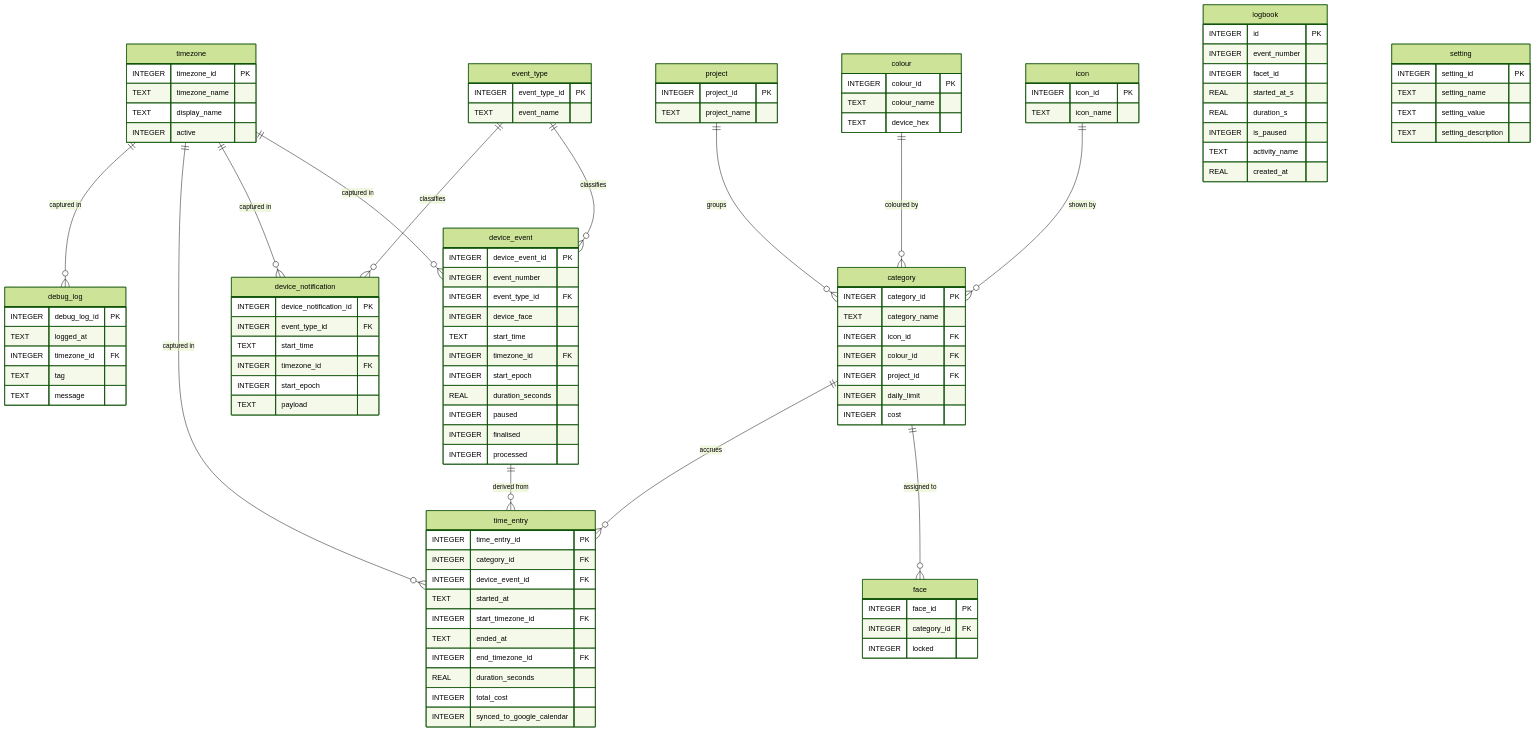
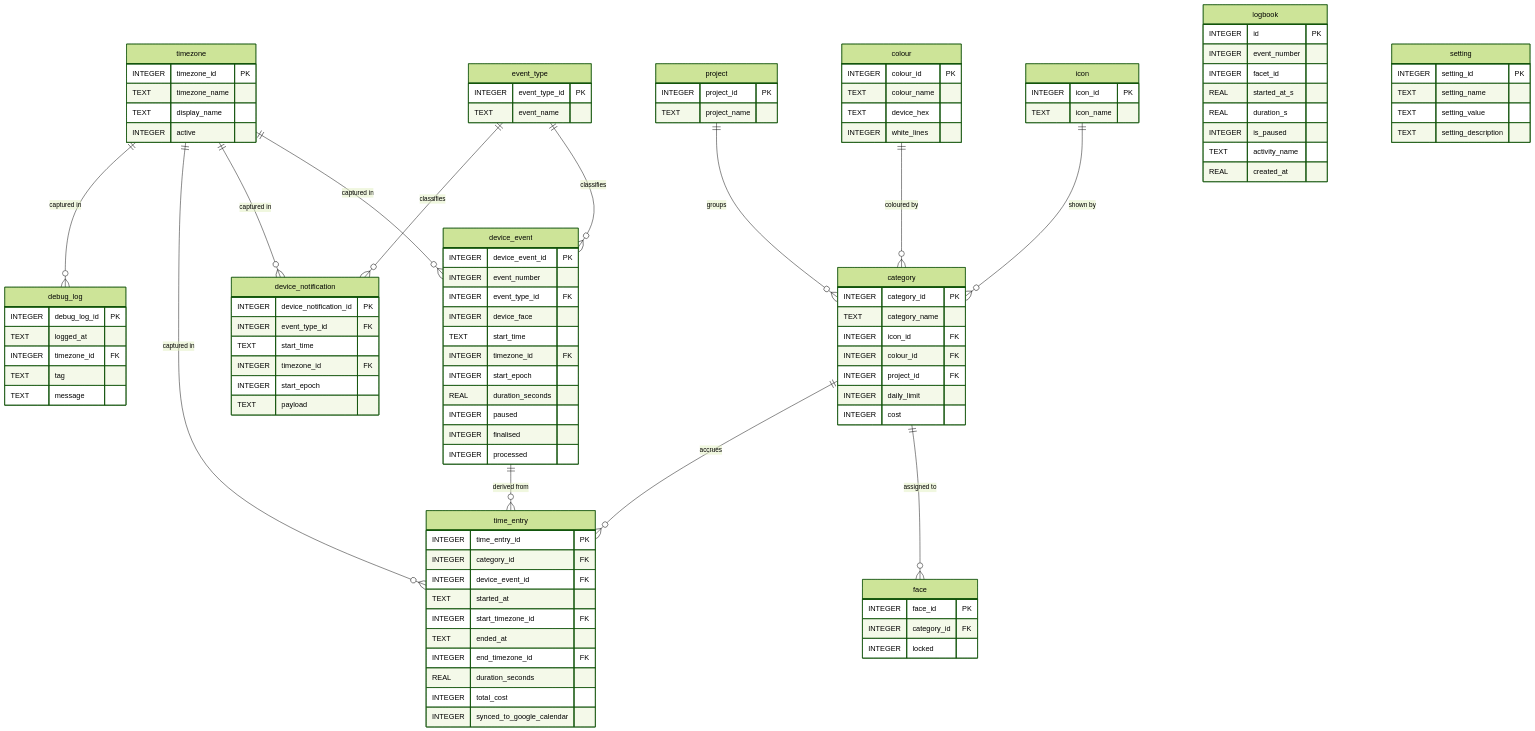
One commit to tuxcomputers/TimeFlipApp changed the diagram in database/ER-diagram.md. Above: the diagram before and after it, drawn with Mermaid (forest theme). The commit also changed 8 other files, not shown here.

```diff
--- a/database/ER-diagram.md
+++ b/database/ER-diagram.md
@@ -73,6 +73,7 @@
         INTEGER colour_id PK
         TEXT    colour_name
         TEXT    device_hex
+        INTEGER white_lines
     }
 
     category {
```
